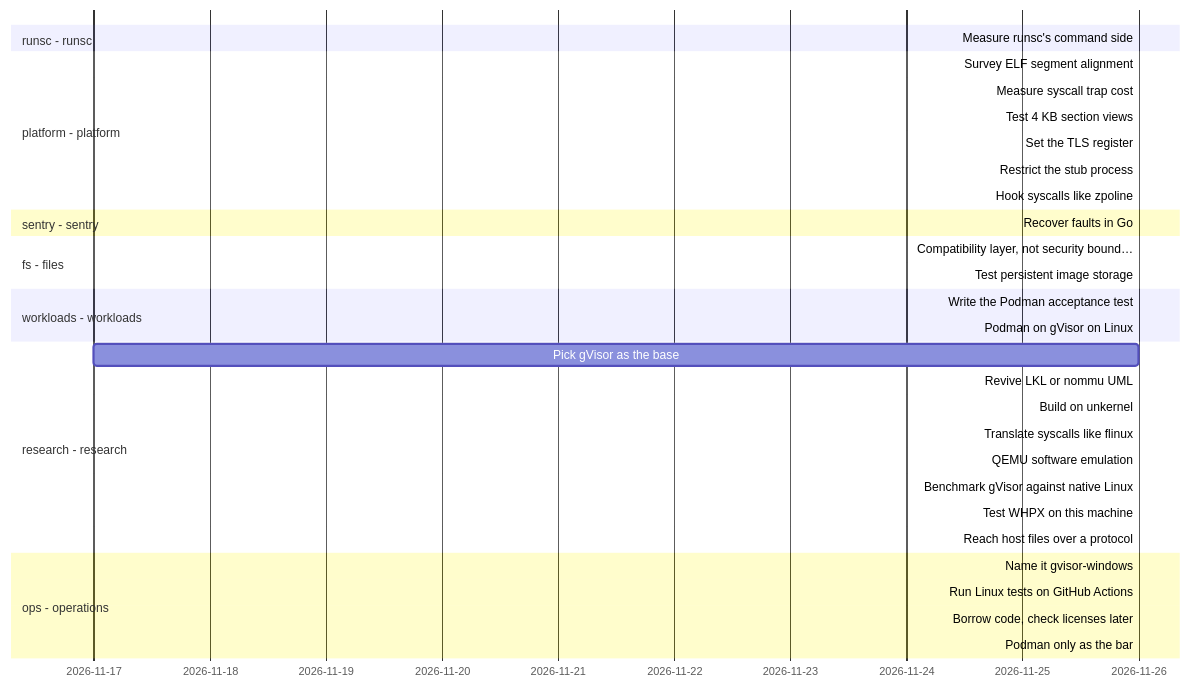
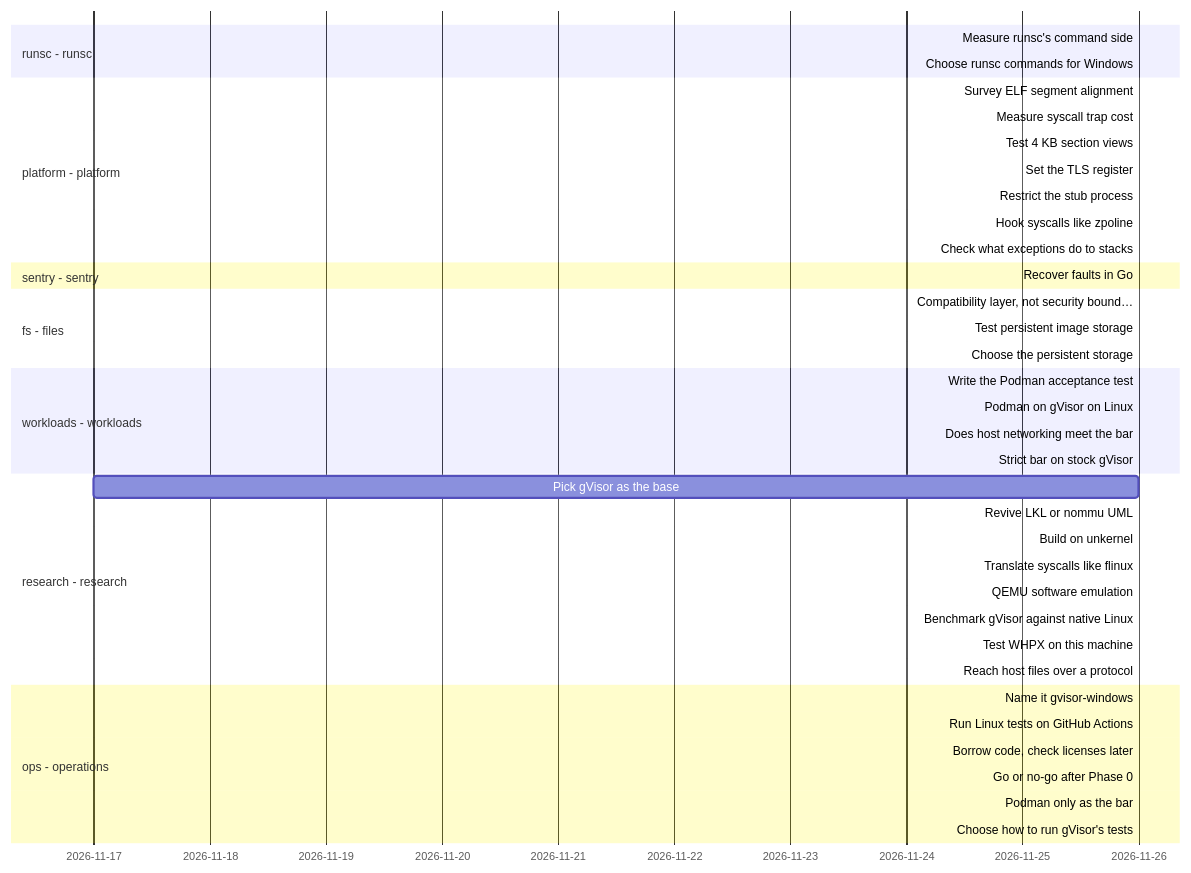
One commit to lhns/gvisor-windows changed the diagram in docs/roadmap/timeline.md. Above: the diagram before and after it, drawn with Mermaid. The commit also changed other lines of this file and 14 other files, not shown here.

````diff
--- a/docs/roadmap/timeline.md
+++ b/docs/roadmap/timeline.md
@@ -10,36 +10,43 @@
 ```mermaid
 gantt
     dateFormat YYYY-MM-DD
     axisFormat %Y-%m-%d
     section runsc - runsc
     Measure runsc's command side :runsc_measure_cli, 2026-11-26, 2026-11-26
+    Choose runsc commands for Windows :runsc_windows_commands, 2026-11-26, 2026-11-26
     section platform - platform
     Survey ELF segment alignment :platform_elf_alignment_survey, 2026-11-26, 2026-11-26
     Measure syscall trap cost :platform_trap_cost, 2026-11-26, 2026-11-26
     Test 4 KB section views :platform_4k_section_views, 2026-11-26, 2026-11-26
     Set the TLS register :platform_tls_register, 2026-11-26, 2026-11-26
     Restrict the stub process :platform_restricted_stub, 2026-11-26, 2026-11-26
     Hook syscalls like zpoline :crit, platform_zpoline_hooks, 2026-11-26, 2026-11-26
+    Check what exceptions do to stacks :active, platform_exception_stack, 2026-11-26, 2026-11-26
     section sentry - sentry
     Recover faults in Go :sentry_go_fault_recovery, 2026-11-26, 2026-11-26
     section fs - files
     Compatibility layer, not security bound… :fs_compat_layer_not_boundary, 2026-11-26, 2026-11-26
     Test persistent image storage :fs_persistent_image_storage, 2026-11-26, 2026-11-26
+    Choose the persistent storage :fs_persistent_storage_choice, 2026-11-26, 2026-11-26
     section workloads - workloads
     Write the Podman acceptance test :workloads_acceptance_test, 2026-11-26, 2026-11-26
     Podman on gVisor on Linux :workloads_podman_on_gvisor_linux, 2026-11-26, 2026-11-26
+    Does host networking meet the bar :workloads_bar_host_network, 2026-11-26, 2026-11-26
+    Strict bar on stock gVisor :active, workloads_strict_bar_linux, 2026-11-26, 2026-11-26
     section research - research
     Pick gVisor as the base :research_gvisor_base, 2026-11-17, 2026-11-26
     Revive LKL or nommu UML :crit, research_lkl_nommu, 2026-11-26, 2026-11-26
     Build on unkernel :crit, research_unkernel, 2026-11-26, 2026-11-26
     Translate syscalls like flinux :crit, research_flinux_translation, 2026-11-26, 2026-11-26
     QEMU software emulation :crit, research_qemu_emulation, 2026-11-26, 2026-11-26
     Benchmark gVisor against native Linux :research_gvisor_benchmark, 2026-11-26, 2026-11-26
     Test WHPX on this machine :crit, research_whpx_this_machine, 2026-11-26, 2026-11-26
     Reach host files over a protocol :crit, research_file_protocol, 2026-11-26, 2026-11-26
     section ops - operations
     Name it gvisor-windows :ops_name_and_fork, 2026-11-26, 2026-11-26
     Run Linux tests on GitHub Actions :ops_linux_tests_on_actions, 2026-11-26, 2026-11-26
     Borrow code, check licenses later :ops_borrow_code, 2026-11-26, 2026-11-26
+    Go or no-go after Phase 0 :ops_phase0_go_no_go, 2026-11-26, 2026-11-26
     Podman only as the bar :ops_podman_only_the_bar, 2026-11-26, 2026-11-26
+    Choose how to run gVisor's tests :ops_syscall_test_strategy, 2026-11-26, 2026-11-26
 ```
````
